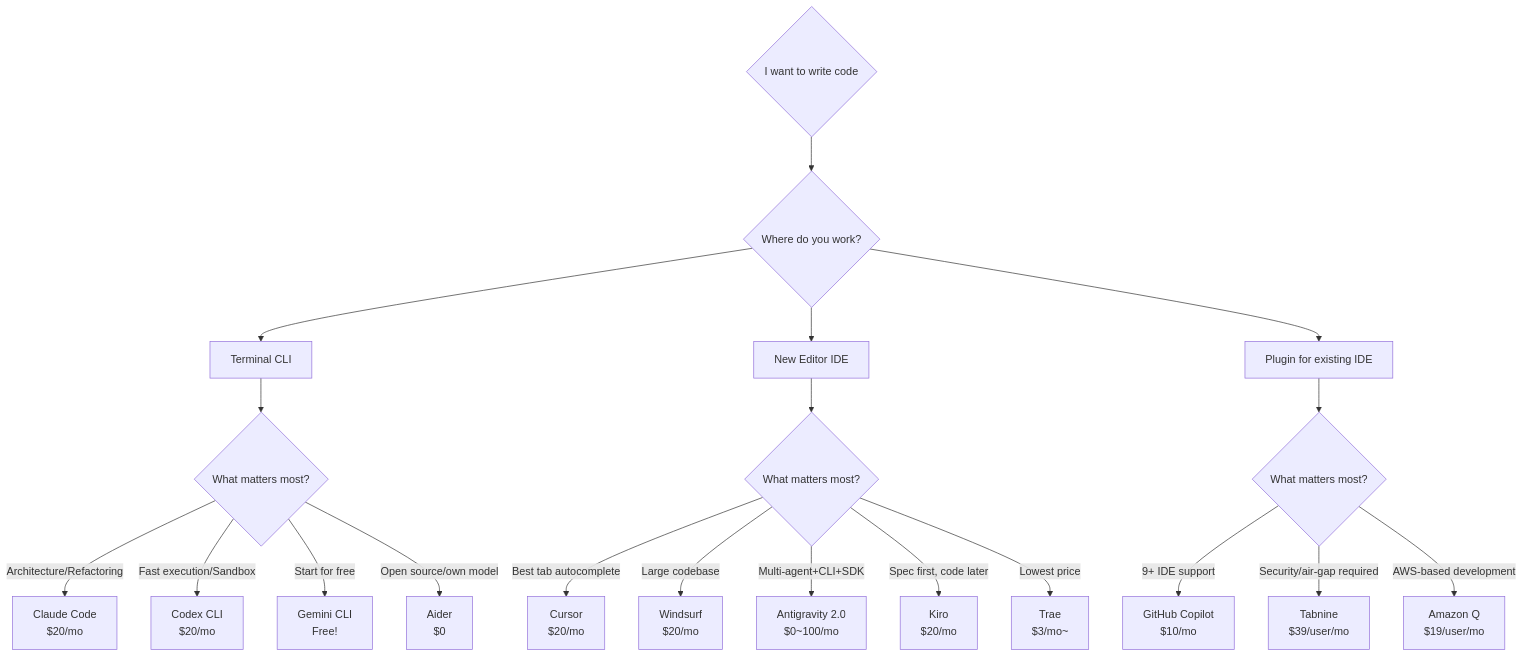
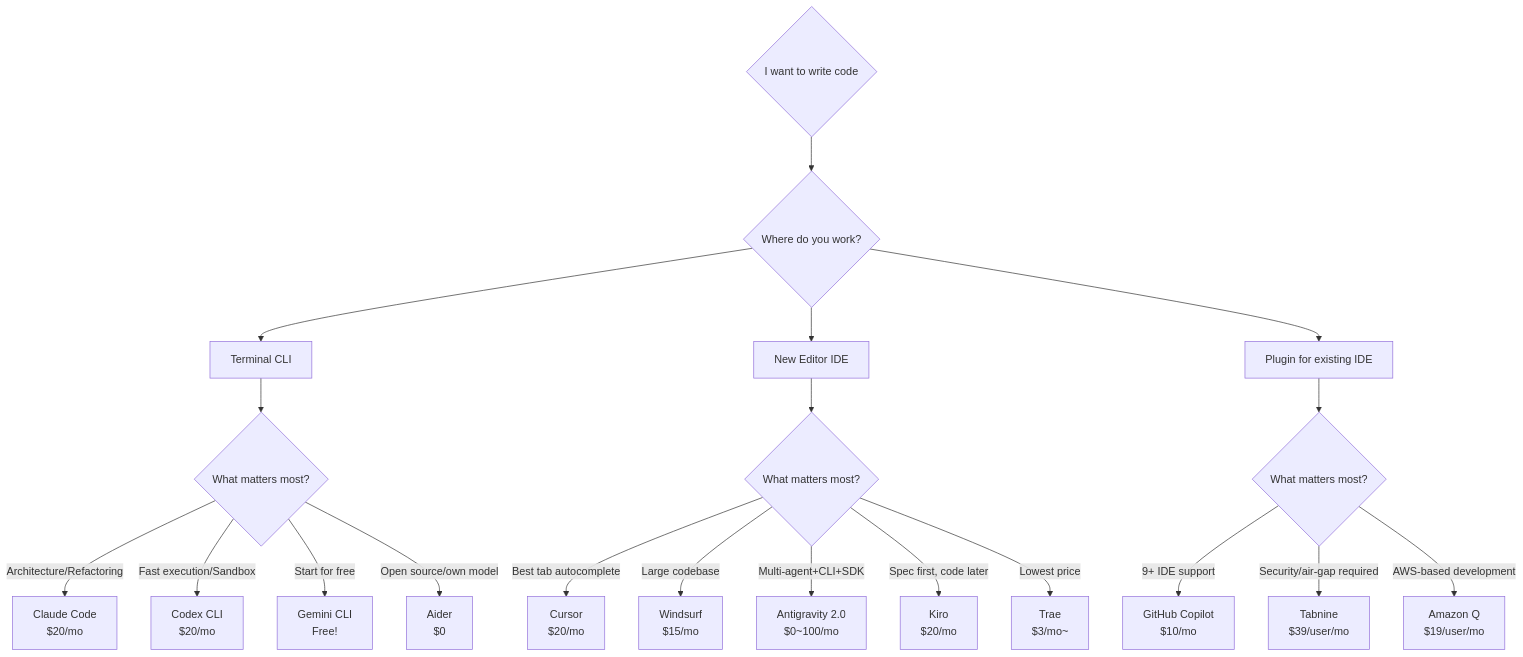
The third of 11 diagrams in README.md (tykimos/ai-whatchelin), drawn with Mermaid before and after one commit. The commit also changed other lines of this file and 4 other files, not shown here.

````diff
--- a/README.md
+++ b/README.md
@@ -421,26 +426,26 @@
 ```mermaid
 flowchart TD
     A{"I want to write code"} --> B{"Where do you work?"}
 
     B --> C["Terminal CLI"]
     B --> D["New Editor IDE"]
     B --> E["Plugin for existing IDE"]
 
     C --> C1{"What matters most?"}
     C1 -->|"Architecture/Refactoring"| CC["Claude Code\n$20/mo"]
     C1 -->|"Fast execution/Sandbox"| CX["Codex CLI\n$20/mo"]
     C1 -->|"Start for free"| CG["Gemini CLI\nFree!"]
     C1 -->|"Open source/own model"| CA["Aider\n$0"]
 
     D --> D1{"What matters most?"}
     D1 -->|"Best tab autocomplete"| DC["Cursor\n$20/mo"]
-    D1 -->|"Large codebase"| DW["Windsurf\n$20/mo"]
+    D1 -->|"Large codebase"| DW["Windsurf\n$15/mo"]
     D1 -->|"Multi-agent+CLI+SDK"| DA["Antigravity 2.0\n$0~100/mo"]
     D1 -->|"Spec first, code later"| DK["Kiro\n$20/mo"]
     D1 -->|"Lowest price"| DT["Trae\n$3/mo~"]
 
     E --> E1{"What matters most?"}
     E1 -->|"9+ IDE support"| EG["GitHub Copilot\n$10/mo"]
     E1 -->|"Security/air-gap required"| ET["Tabnine\n$39/user/mo"]
     E1 -->|"AWS-based development"| EA["Amazon Q\n$19/user/mo"]
 ```
````
